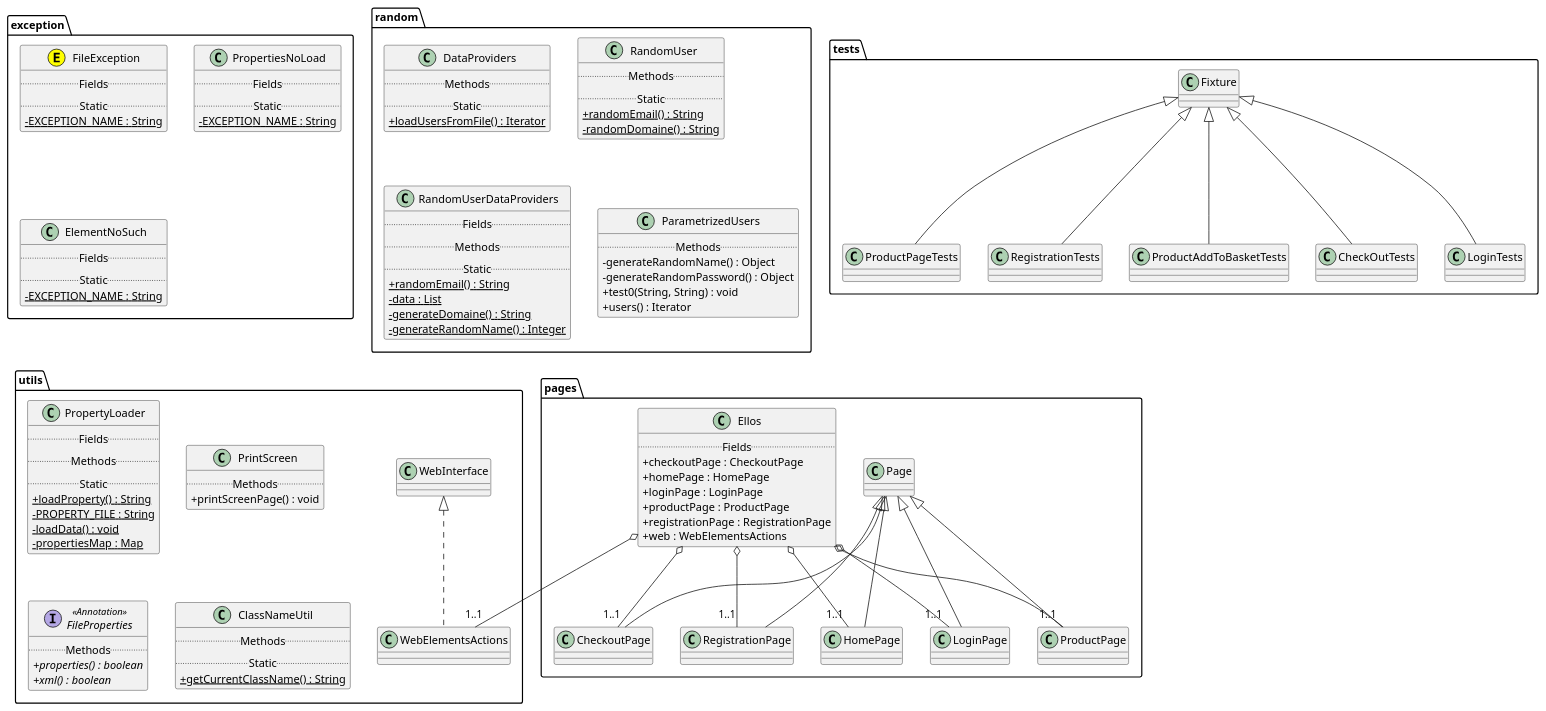
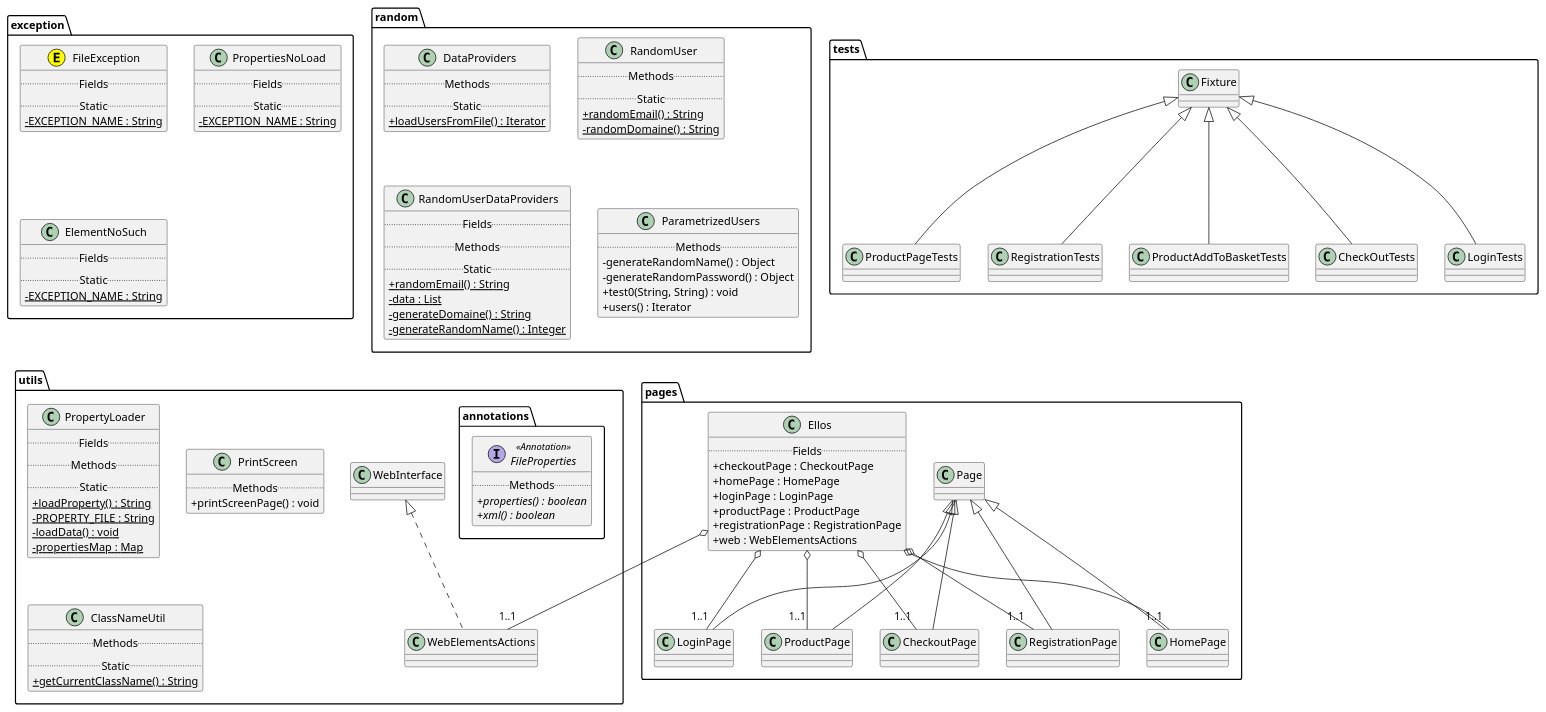
One commit to alexace013/ellos-selenium changed the diagram in classes.plantuml. Above: the diagram before and after it, drawn with PlantUML. The commit also changed 12 other files, not shown here.

```diff
--- a/classes.plantuml
+++ b/classes.plantuml
@@ -1,110 +1,110 @@
 @startuml
 top to bottom direction
 skinparam headerFontSize 30
 skinparam headerFontStyle bold
 skinparam classAttributeIconSize 0
 scale 1.0
 package exception {
 class exception.FileException << (E,yellow) >>  {
 .. Fields  ..
 .. Static ..
 - {static} EXCEPTION_NAME : String
 }
 class exception.PropertiesNoLoad {
 .. Fields  ..
 .. Static ..
 - {static} EXCEPTION_NAME : String
 }
 class exception.ElementNoSuch {
 .. Fields  ..
 .. Static ..
 - {static} EXCEPTION_NAME : String
 }
 
 }
 package pages {
 class pages.Ellos {
 .. Fields  ..
 +checkoutPage : CheckoutPage
 +homePage : HomePage
 +loginPage : LoginPage
 +productPage : ProductPage
 +registrationPage : RegistrationPage
 +web : WebElementsActions
 }
 
 }
 package random {
 class random.DataProviders {
 .. Methods ..
 .. Static ..
 + {static} loadUsersFromFile() : Iterator
 }
 class random.RandomUser {
 .. Methods ..
 .. Static ..
 + {static} randomEmail() : String
 - {static} randomDomaine() : String
 }
 class random.RandomUserDataProviders {
 .. Fields  ..
 .. Methods ..
 .. Static ..
 + {static} randomEmail() : String
 - {static} data : List
 - {static} generateDomaine() : String
 - {static} generateRandomName() : Integer
 }
 class random.ParametrizedUsers {
 .. Methods ..
 -generateRandomName() : Object
 -generateRandomPassword() : Object
 +test0(String, String) : void
 +users() : Iterator
 }
 
 }
 package utils {
 class utils.PropertyLoader {
 .. Fields  ..
 .. Methods ..
 .. Static ..
 + {static} loadProperty() : String
 - {static} PROPERTY_FILE : String
 - {static} loadData() : void
 - {static} propertiesMap : Map
 }
 class utils.PrintScreen {
 .. Methods ..
 +printScreenPage() : void
 }
-interface utils.FileProperties  <<Annotation>>  {
+interface annotations.FileProperties  <<Annotation>>  {
 .. Methods ..
 + {abstract} properties() : boolean
 + {abstract} xml() : boolean
 }
 class utils.ClassNameUtil {
 .. Methods ..
 .. Static ..
 + {static} getCurrentClassName() : String
 }
 
 }
 tests.Fixture <|-- tests.LoginTests
 tests.Fixture <|-- tests.ProductPageTests
 pages.Page <|-- pages.RegistrationPage
 pages.Page <|-- pages.HomePage
 pages.Ellos o-- "1..1" utils.WebElementsActions
 pages.Ellos o-- "1..1" pages.HomePage
 pages.Ellos o-- "1..1" pages.LoginPage
 pages.Ellos o-- "1..1" pages.ProductPage
 pages.Ellos o-- "1..1" pages.CheckoutPage
 pages.Ellos o-- "1..1" pages.RegistrationPage
 tests.Fixture <|-- tests.RegistrationTests
 tests.Fixture <|-- tests.ProductAddToBasketTests
 pages.Page <|-- pages.CheckoutPage
 pages.Page <|-- pages.ProductPage
 utils.WebInterface <|.. utils.WebElementsActions
 pages.Page <|-- pages.LoginPage
 tests.Fixture <|-- tests.CheckOutTests
 @enduml
```
